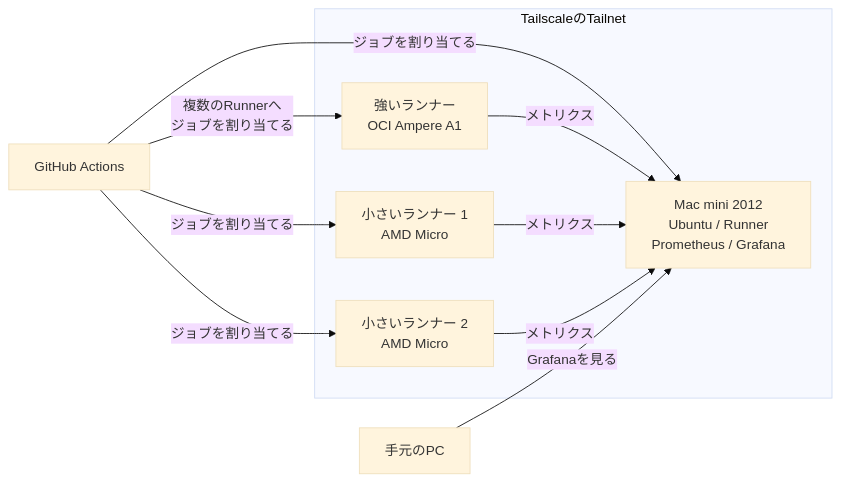
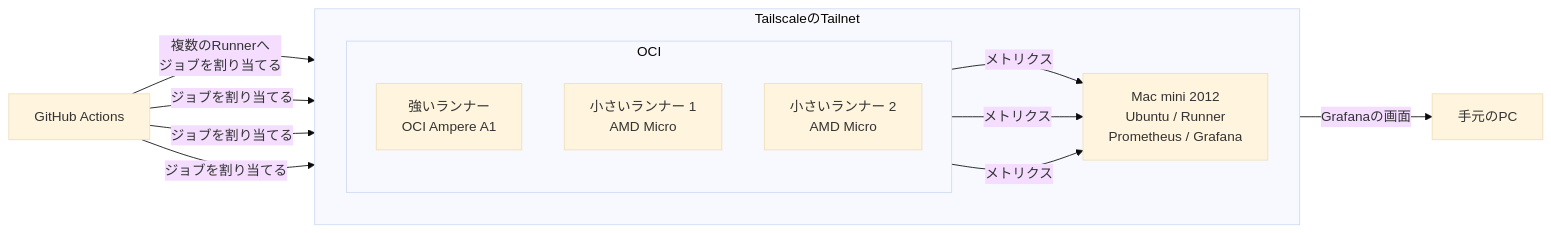
Before and after one commit to ara-ta3/zenn.dev: the first of 2 diagrams in articles/monitor-oracle-cloud-github-actions-runners.md, drawn with Mermaid (base theme). The commit also changed other lines of this file, not shown here.

````diff
--- a/articles/monitor-oracle-cloud-github-actions-runners.md
+++ b/articles/monitor-oracle-cloud-github-actions-runners.md
@@ -29,26 +29,29 @@
 ```mermaid
 flowchart LR
   github[GitHub Actions]
-  arm[強いランナー<br>OCI Ampere A1]
-  micro1[小さいランナー 1<br>AMD Micro]
-  micro2[小さいランナー 2<br>AMD Micro]
-  monitoring[Mac mini 2012<br>Ubuntu / Runner<br>Prometheus / Grafana]
+
+  subgraph tailnet[TailscaleのTailnet]
+    direction LR
+
+    subgraph oracle[OCI]
+      direction TB
+      arm[強いランナー<br>OCI Ampere A1]
+      micro1[小さいランナー 1<br>AMD Micro]
+      micro2[小さいランナー 2<br>AMD Micro]
+    end
+
+    monitoring[Mac mini 2012<br>Ubuntu / Runner<br>Prometheus / Grafana]
+  end
+
   pc[手元のPC]
 
   github -->|複数のRunnerへ<br>ジョブを割り当てる| arm
   github -->|ジョブを割り当てる| micro1
   github -->|ジョブを割り当てる| micro2
   github -->|ジョブを割り当てる| monitoring
 
   arm -->|メトリクス| monitoring
   micro1 -->|メトリクス| monitoring
   micro2 -->|メトリクス| monitoring
-  pc -->|Grafanaを見る| monitoring
-
-  subgraph tailnet[TailscaleのTailnet]
-    arm
-    micro1
-    micro2
-    monitoring
-  end
+  monitoring -->|Grafanaの画面| pc
 ```
````
